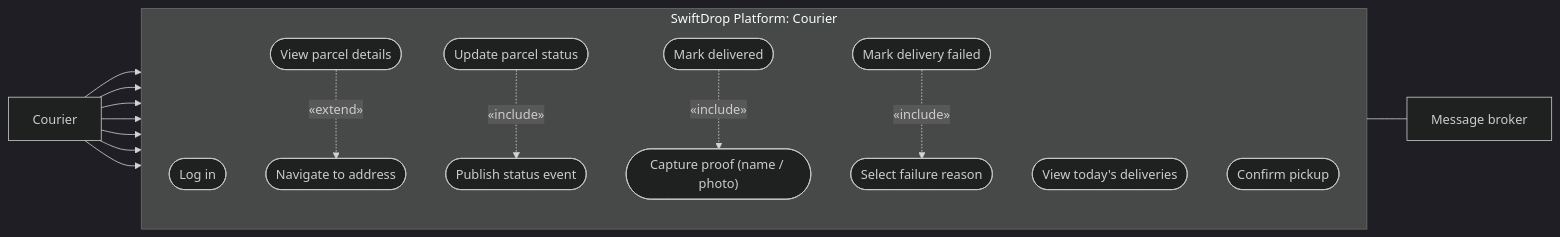
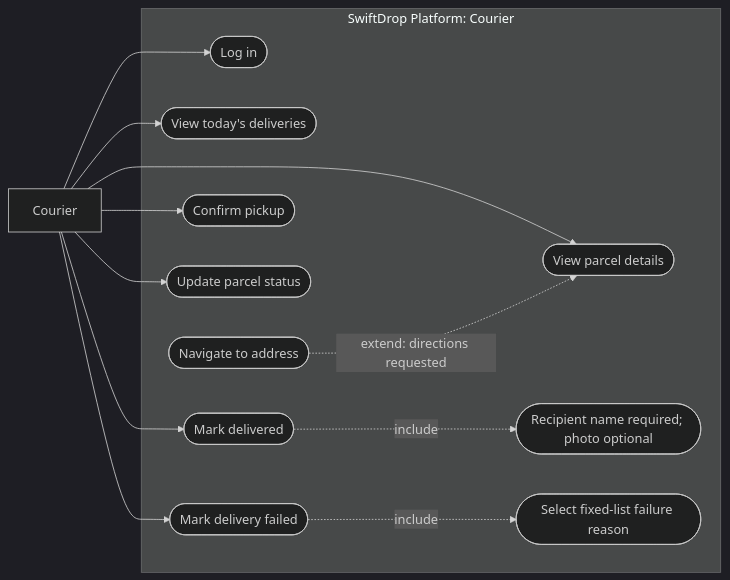
Before and after one commit to doktur-umair/swiftdrop: the third of 16 diagrams in SWIFTDROP_DESIGN_DOCUMENTATION.md, drawn with Mermaid (dark theme). The commit also changed other lines of this file and 88 other files, not shown here.

````diff
--- a/SWIFTDROP_DESIGN_DOCUMENTATION.md
+++ b/SWIFTDROP_DESIGN_DOCUMENTATION.md
@@ -274,35 +266,26 @@
 ```mermaid
 flowchart LR
     Courier["Courier"]
-    MsgBroker["Message broker"]
-
     subgraph Platform["SwiftDrop Platform: Courier"]
-        direction TB
-        UC_K_Login(["Log in"])
-        UC_K_ViewJobs(["View today's deliveries"])
-        UC_K_Details(["View parcel details"])
-        UC_K_Nav(["Navigate to address"])
-        UC_K_Pickup(["Confirm pickup"])
-        UC_K_Status(["Update parcel status"])
-        UC_K_Pub(["Publish status event"])
-        UC_K_Delivered(["Mark delivered"])
-        UC_K_Proof(["Capture proof (name / photo)"])
-        UC_K_Failed(["Mark delivery failed"])
-        UC_K_Reason(["Select failure reason"])
+        Login(["Log in"])
+        Jobs(["View today's deliveries"])
+        Details(["View parcel details"])
+        Nav(["Navigate to address"])
+        Pickup(["Confirm pickup"])
+        Status(["Update parcel status"])
+        Delivered(["Mark delivered"])
+        Proof(["Recipient name required; photo optional"])
+        Failed(["Mark delivery failed"])
+        Reason(["Select fixed-list failure reason"])
     end
-
-    Courier --> UC_K_Login
-    Courier --> UC_K_ViewJobs
-    Courier --> UC_K_Details
-    Courier --> UC_K_Pickup
-    Courier --> UC_K_Status
-    Courier --> UC_K_Delivered
-    Courier --> UC_K_Failed
-
-    UC_K_Details -.->|«extend»| UC_K_Nav
-    UC_K_Status -.->|«include»| UC_K_Pub
-    UC_K_Delivered -.->|«include»| UC_K_Proof
-    UC_K_Failed -.->|«include»| UC_K_Reason
-
-    UC_K_Pub --- MsgBroker
+    Courier --> Login
+    Courier --> Jobs
+    Courier --> Details
+    Courier --> Pickup
+    Courier --> Status
+    Courier --> Delivered
+    Courier --> Failed
+    Nav -.->|"extend: directions requested"| Details
+    Delivered -.->|include| Proof
+    Failed -.->|include| Reason
 ```
````
